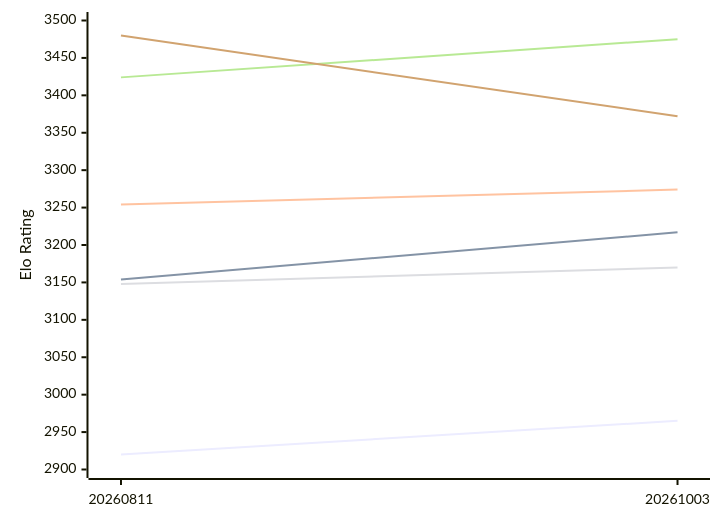
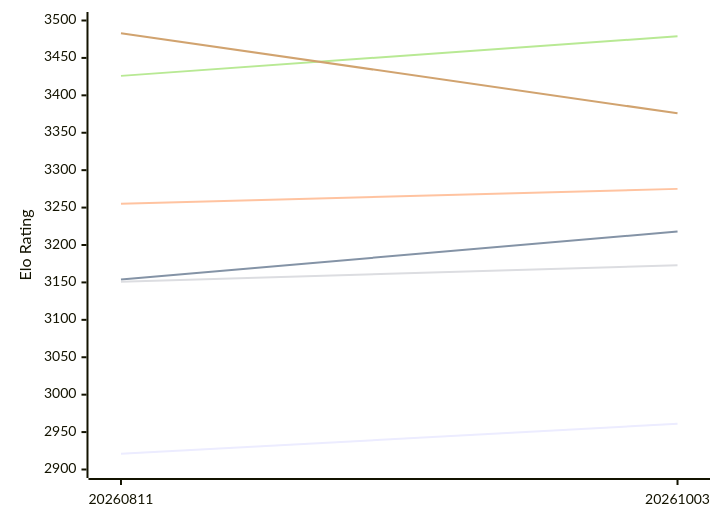
One commit to computer-chess-index/cci changed the first of 2 diagrams in engines/Askaig.md. Above: the diagram before and after it, drawn with Mermaid. The commit also changed other lines of this file, not shown here.

Commit message:
Update CCI Ratings (ELO VLTC) - 2026-10-11

````diff
--- a/engines/Askaig.md
+++ b/engines/Askaig.md
@@ -52,12 +52,12 @@
 ```mermaid
 %%{init: {"theme":"base","themeVariables":{"seriesColors:['#a3a3a3','#222221','#faa371']}}}%%
 xychart-beta
   x-axis ["20260811", "20261003"]
   y-axis "Elo Rating" 2900 --> 3500
-  line "E1: STC (8.0+0.08s)" [2920, 2965]
-  line "E1: LTC (60.0+0.60s)" [3154, 3217]
-  line "E1: VLTC (2m24s+1.12s)" [3254, 3274]
-  line "P1: STC (8.0+0.08s)" [3148, 3170]
-  line "P1: LTC (60.0+0.60s)" [3424, 3475]
-  line "P1: VLTC (2m24s+1.12s)" [3480, 3372]
+  line "E1: STC (8.0+0.08s)" [2921, 2961]
+  line "E1: LTC (60.0+0.60s)" [3154, 3218]
+  line "E1: VLTC (2m24s+1.12s)" [3255, 3275]
+  line "P1: STC (8.0+0.08s)" [3151, 3173]
+  line "P1: LTC (60.0+0.60s)" [3426, 3479]
+  line "P1: VLTC (2m24s+1.12s)" [3483, 3376]
 ```
````
